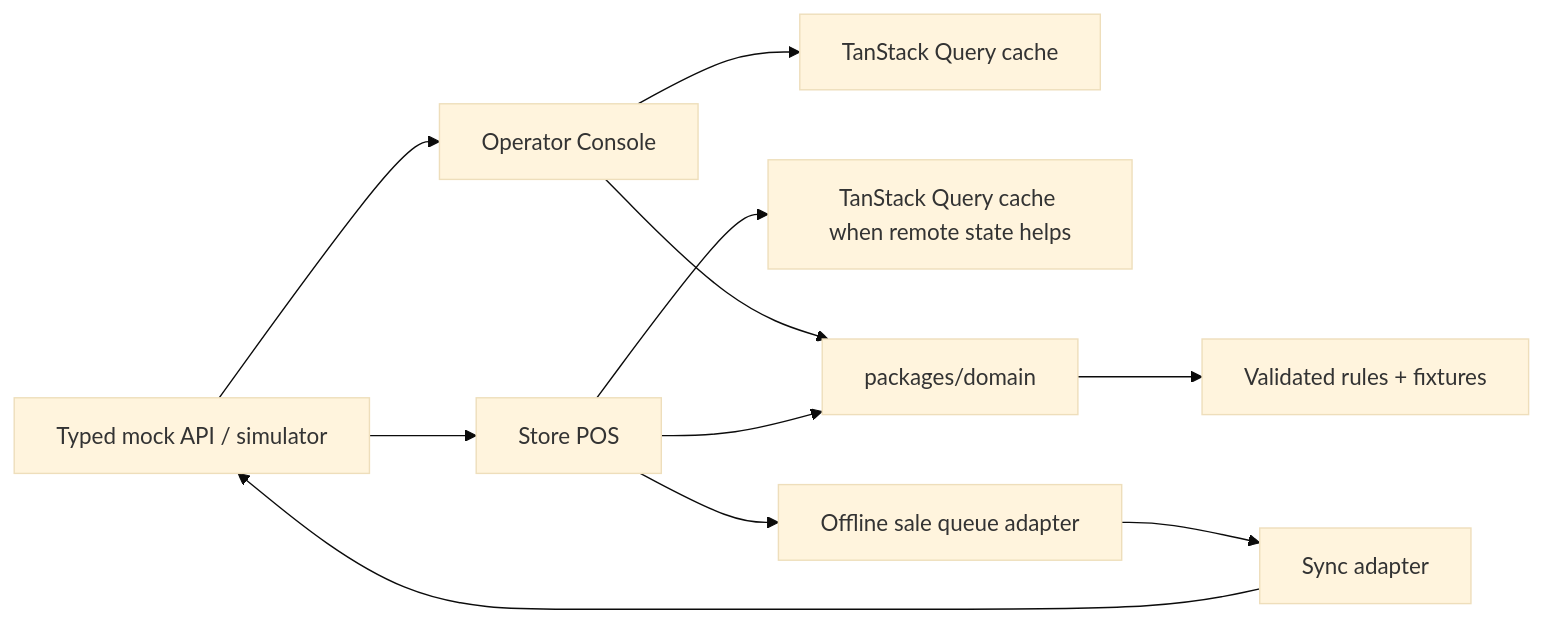
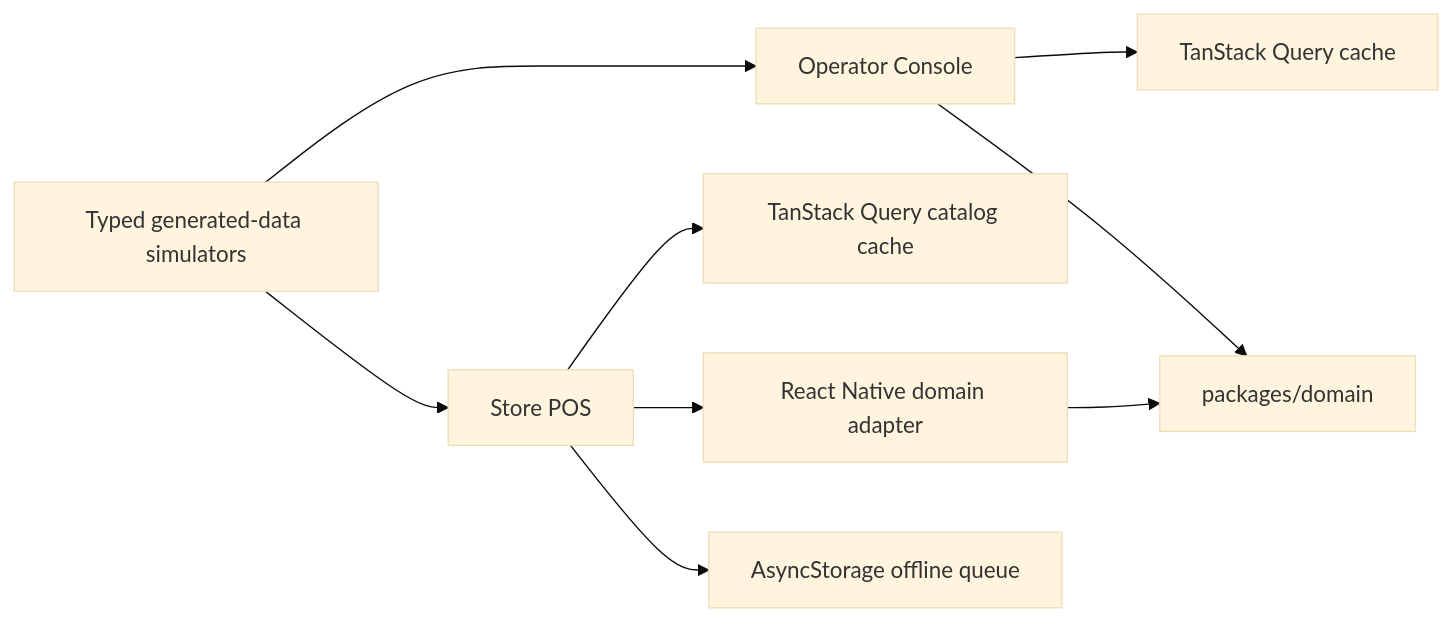
Before and after one commit to SaM13997/retail-reliability-lab: the first of 3 diagrams in docs/architecture.md, drawn with Mermaid (base theme). The commit also changed other lines of this file and 36 other files, not shown here.

````diff
--- a/docs/architecture.md
+++ b/docs/architecture.md
@@ -15,13 +15,11 @@
 ```mermaid
 flowchart LR
-  API[Typed mock API / simulator] --> OC[Operator Console]
-  API --> POS[Store POS]
+  SIM[Typed generated-data simulators] --> OC[Operator Console]
+  SIM --> POS[Store POS]
   OC --> Q[TanStack Query cache]
-  POS --> QP[TanStack Query cache when remote state helps]
+  POS --> QP[TanStack Query catalog cache]
   OC --> D[packages/domain]
-  POS --> D
-  D --> R[Validated rules + fixtures]
-  POS --> OQ[Offline sale queue adapter]
-  OQ --> SYNC[Sync adapter]
-  SYNC --> API
+  POS --> A[React Native domain adapter]
+  A --> D
+  POS --> OQ[AsyncStorage offline queue]
 ```
````
